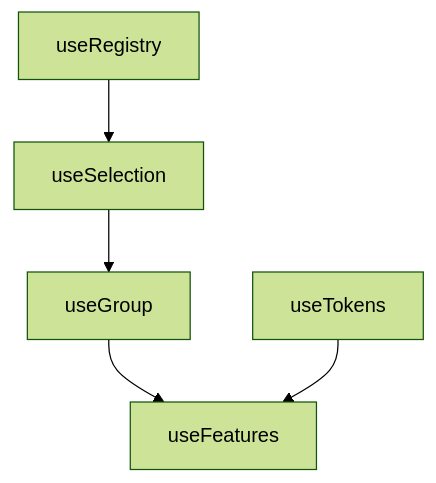
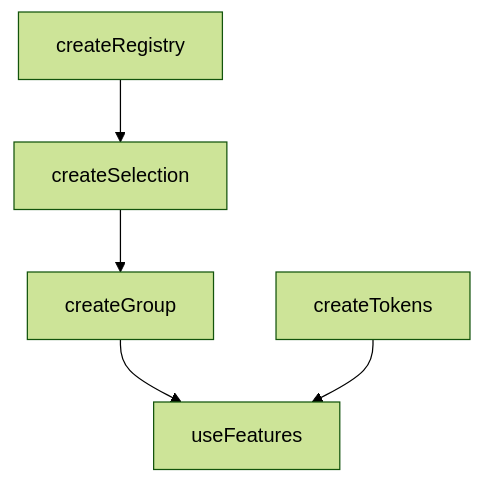
Before and after one commit to vuetifyjs/0: the diagram in apps/docs/src/pages/composables/plugins/use-features.md, drawn with Mermaid (forest theme). The commit also changed other lines of this file and 33 other files, not shown here.

First line of the commit message:
refactor: rename useTokens to createTokens and audit docs

````diff
--- a/apps/docs/src/pages/composables/plugins/use-features.md
+++ b/apps/docs/src/pages/composables/plugins/use-features.md
@@ -88,7 +88,7 @@
 ```mermaid "Features Hierarchy"
 flowchart TD
-  useRegistry --> useSelection
-  useSelection --> useGroup
-  useGroup --> useFeatures
-  useTokens --> useFeatures
+  createRegistry --> createSelection
+  createSelection --> createGroup
+  createGroup --> useFeatures
+  createTokens --> useFeatures
 ```
````
